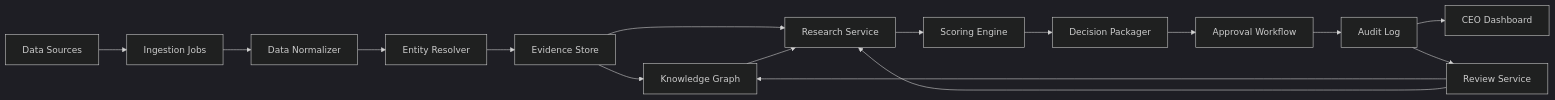
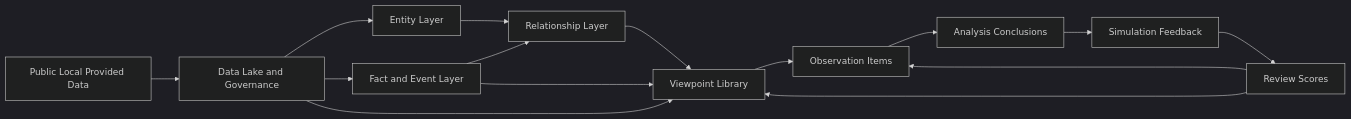
One commit to xionglei191-goo/stock_quant changed the diagram in docs/system-architecture.md. Above: the diagram before and after it, drawn with Mermaid (dark theme). The commit also changed other lines of this file and 46 other files, not shown here.

````diff
--- a/docs/system-architecture.md
+++ b/docs/system-architecture.md
@@ -102,18 +162,17 @@
 ```mermaid
 flowchart LR
-    A[Data Sources] --> B[Ingestion Jobs]
-    B --> C[Data Normalizer]
-    C --> D[Entity Resolver]
-    D --> E[Evidence Store]
-    E --> F[Knowledge Graph]
-    E --> G[Research Service]
-    F --> G
-    G --> H[Scoring Engine]
-    H --> I[Decision Packager]
-    I --> J[Approval Workflow]
-    J --> K[Audit Log]
-    K --> L[CEO Dashboard]
-    K --> M[Review Service]
-    M --> F
-    M --> G
+    A[Public Local Provided Data] --> B[Data Lake and Governance]
+    B --> C[Entity Layer]
+    B --> D[Fact and Event Layer]
+    C --> E[Relationship Layer]
+    D --> E
+    B --> F[Viewpoint Library]
+    D --> F
+    E --> F
+    F --> G[Observation Items]
+    G --> H[Analysis Conclusions]
+    H --> I[Simulation Feedback]
+    I --> J[Review Scores]
+    J --> F
+    J --> G
 ```
````
